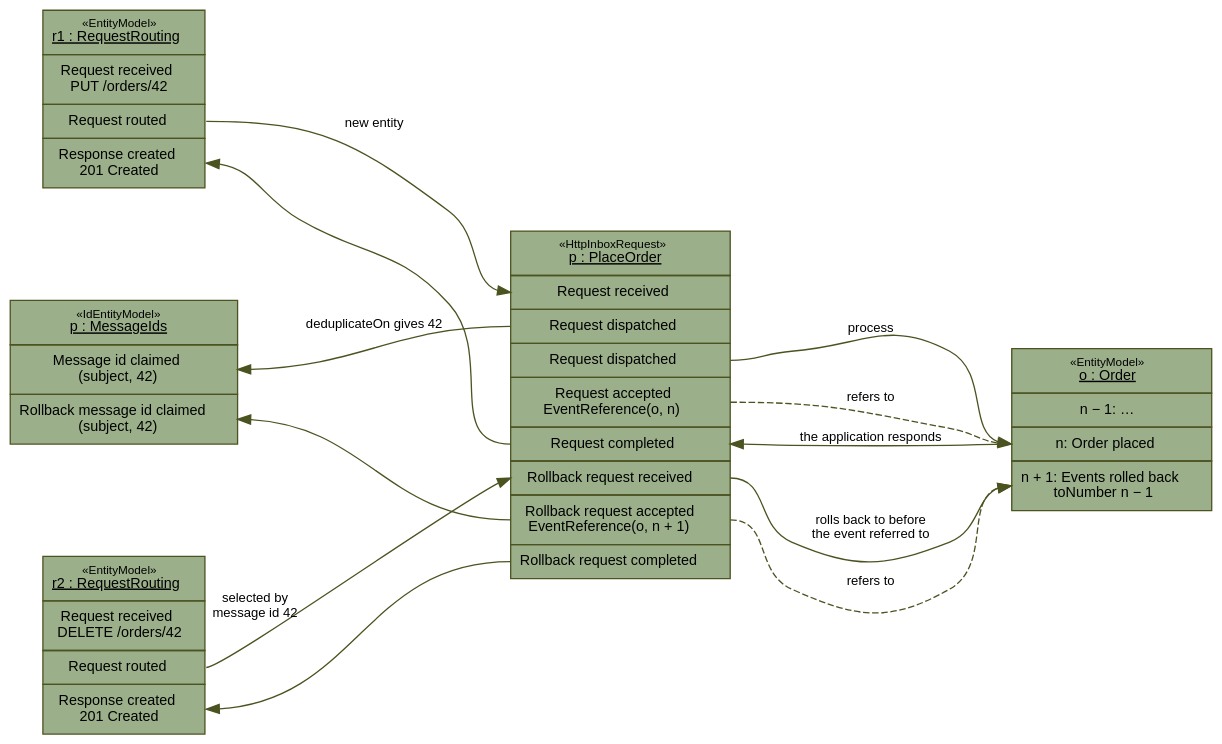
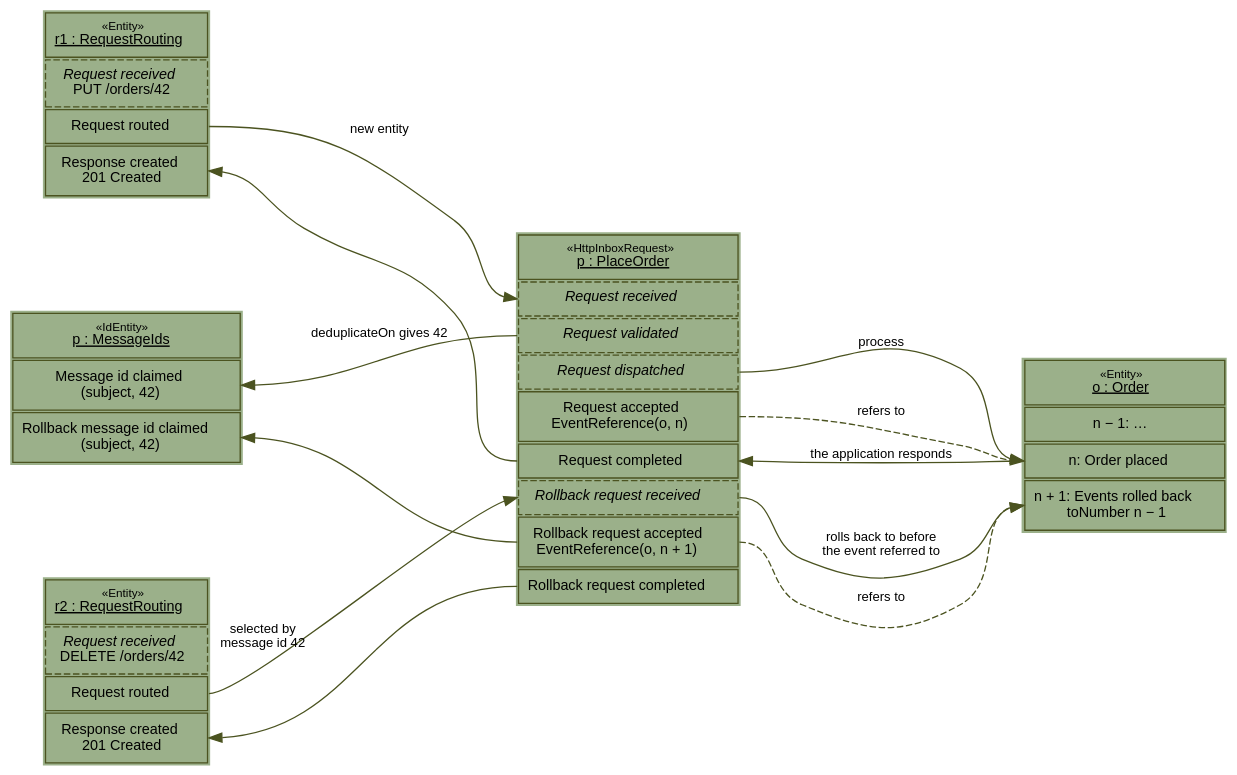
The diagram in doc-diagrams/src/main/resources/com/github/thxmasj/backend/docdiagrams/http-inbox-rollback.dot (the-backend-project/tits), drawn with Graphviz before and after one commit. The commit also changed 3 other files, not shown here.

First line of the commit message:
Name the claim of a request's message id Request validated

```diff
--- a/doc-diagrams/src/main/resources/com/github/thxmasj/backend/docdiagrams/http-inbox-rollback.dot
+++ b/doc-diagrams/src/main/resources/com/github/thxmasj/backend/docdiagrams/http-inbox-rollback.dot
@@ -1,71 +1,72 @@
 // How a rollback finds a request of an inbox request, and the events the request caused on the application. Each
 // entity is a stack of its events, oldest on top, under its entity id and entity model in UML object notation, with
-// the type of the model as a stereotype. Solid arrows are triggers, dashed arrows event references. The colours are
-// those of the other diagrams.
+// the kind of entity as a stereotype. An event with a dashed border, in italics, leads to a choice, and is not stored:
+// only the event of the chosen transition is. Solid arrows are triggers, dashed arrows event references. The colours
+// are those of the other diagrams.
 digraph rollback {
   graph [rankdir=LR, nodesep=0.6, ranksep=1.3, fontname="Helvetica", bgcolor="transparent"]
   node [shape=plain, fontname="Helvetica", fontsize=11]
   edge [fontname="Helvetica", fontsize=10, color="#4b5320", fontcolor="#000000"]
 
   put [label=<
-    <table border="0" cellborder="1" cellspacing="0" cellpadding="6" bgcolor="#9bb08a" color="#4b5320">
-      <tr><td><font point-size="9">«EntityModel»</font><br/><u>r1 : RequestRouting</u></td></tr>
-      <tr><td port="received">Request received<br/>PUT /orders/42</td></tr>
+    <table border="0" cellborder="1" cellspacing="2" cellpadding="6" bgcolor="#9bb08a" color="#4b5320">
+      <tr><td><font point-size="9">«Entity»</font><br/><u>r1 : RequestRouting</u></td></tr>
+      <tr><td port="received" style="dashed"><i>Request received</i><br/>PUT /orders/42</td></tr>
       <tr><td port="routed">Request routed</td></tr>
       <tr><td port="response">Response created<br/>201 Created</td></tr>
     </table>>]
 
   delete [label=<
-    <table border="0" cellborder="1" cellspacing="0" cellpadding="6" bgcolor="#9bb08a" color="#4b5320">
-      <tr><td><font point-size="9">«EntityModel»</font><br/><u>r2 : RequestRouting</u></td></tr>
-      <tr><td port="received">Request received<br/>DELETE /orders/42</td></tr>
+    <table border="0" cellborder="1" cellspacing="2" cellpadding="6" bgcolor="#9bb08a" color="#4b5320">
+      <tr><td><font point-size="9">«Entity»</font><br/><u>r2 : RequestRouting</u></td></tr>
+      <tr><td port="received" style="dashed"><i>Request received</i><br/>DELETE /orders/42</td></tr>
       <tr><td port="routed">Request routed</td></tr>
       <tr><td port="response">Response created<br/>201 Created</td></tr>
     </table>>]
 
   request [label=<
-    <table border="0" cellborder="1" cellspacing="0" cellpadding="6" bgcolor="#9bb08a" color="#4b5320">
+    <table border="0" cellborder="1" cellspacing="2" cellpadding="6" bgcolor="#9bb08a" color="#4b5320">
       <tr><td port="header"><font point-size="9">«HttpInboxRequest»</font><br/><u>p : PlaceOrder</u></td></tr>
-      <tr><td port="received">Request received</td></tr>
-      <tr><td port="claim">Request dispatched</td></tr>
-      <tr><td port="dispatched">Request dispatched</td></tr>
+      <tr><td port="received" style="dashed"><i>Request received</i></td></tr>
+      <tr><td port="claim" style="dashed"><i>Request validated</i></td></tr>
+      <tr><td port="dispatched" style="dashed"><i>Request dispatched</i></td></tr>
       <tr><td port="accepted">Request accepted<br/>EventReference(o, n)</td></tr>
       <tr><td port="completed">Request completed</td></tr>
-      <tr><td port="rb_received">Rollback request received</td></tr>
+      <tr><td port="rb_received" style="dashed"><i>Rollback request received</i></td></tr>
       <tr><td port="rb_accepted">Rollback request accepted<br/>EventReference(o, n + 1)</td></tr>
       <tr><td port="rb_completed">Rollback request completed</td></tr>
     </table>>]
 
   ids [label=<
-    <table border="0" cellborder="1" cellspacing="0" cellpadding="6" bgcolor="#9bb08a" color="#4b5320">
-      <tr><td port="header"><font point-size="9">«IdEntityModel»</font><br/><u>p : MessageIds</u></td></tr>
+    <table border="0" cellborder="1" cellspacing="2" cellpadding="6" bgcolor="#9bb08a" color="#4b5320">
+      <tr><td port="header"><font point-size="9">«IdEntity»</font><br/><u>p : MessageIds</u></td></tr>
       <tr><td port="claimed">Message id claimed<br/>(subject, 42)</td></tr>
       <tr><td port="rb_claimed">Rollback message id claimed<br/>(subject, 42)</td></tr>
     </table>>]
 
   order [label=<
-    <table border="0" cellborder="1" cellspacing="0" cellpadding="6" bgcolor="#9bb08a" color="#4b5320">
-      <tr><td><font point-size="9">«EntityModel»</font><br/><u>o : Order</u></td></tr>
+    <table border="0" cellborder="1" cellspacing="2" cellpadding="6" bgcolor="#9bb08a" color="#4b5320">
+      <tr><td><font point-size="9">«Entity»</font><br/><u>o : Order</u></td></tr>
       <tr><td port="before">n − 1: …</td></tr>
       <tr><td port="placed">n: Order placed</td></tr>
       <tr><td port="rolled_back">n + 1: Events rolled back<br/>toNumber n − 1</td></tr>
     </table>>]
 
   // Triggers
   put:routed:e -> request:received:w [label="new entity"]
   delete:routed:e -> request:rb_received:w [taillabel="selected by\nmessage id 42", labelangle=30, labeldistance=6]
   request:dispatched:e -> order:placed:w [label="process"]
   request:rb_received:e -> order:rolled_back:w [label="rolls back to before\nthe event referred to"]
   // Triggers against the direction of the layout are drawn reversed, so that they don't loop around the stacks
   request:completed:e -> order:placed:w [dir=back, label="the application responds"]
   put:response:e -> request:completed:w [dir=back]
   ids:claimed:e -> request:claim:w [dir=back, label="deduplicateOn gives 42"]
   ids:rb_claimed:e -> request:rb_accepted:w [dir=back]
   delete:response:e -> request:rb_completed:w [dir=back]
 
   // Event references
   request:accepted:e -> order:placed:w [style=dashed, label="refers to"]
   request:rb_accepted:e -> order:rolled_back:w [style=dashed, label="refers to"]
 
   {rank=same; put -> ids -> delete [style=invis]}
 }
```
